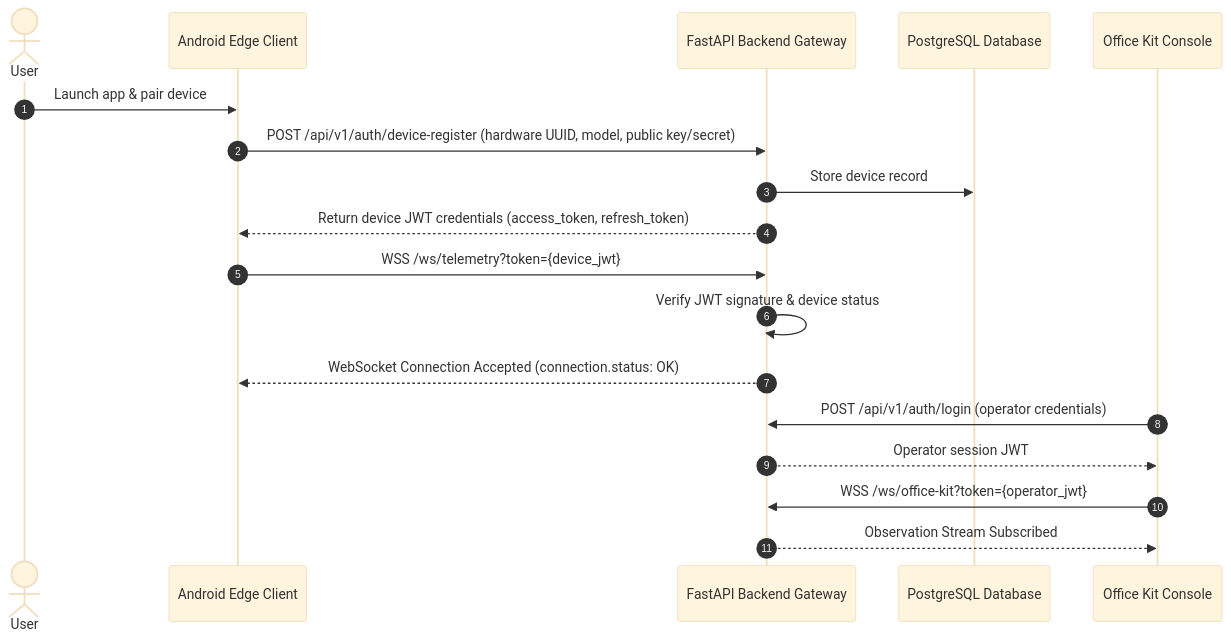
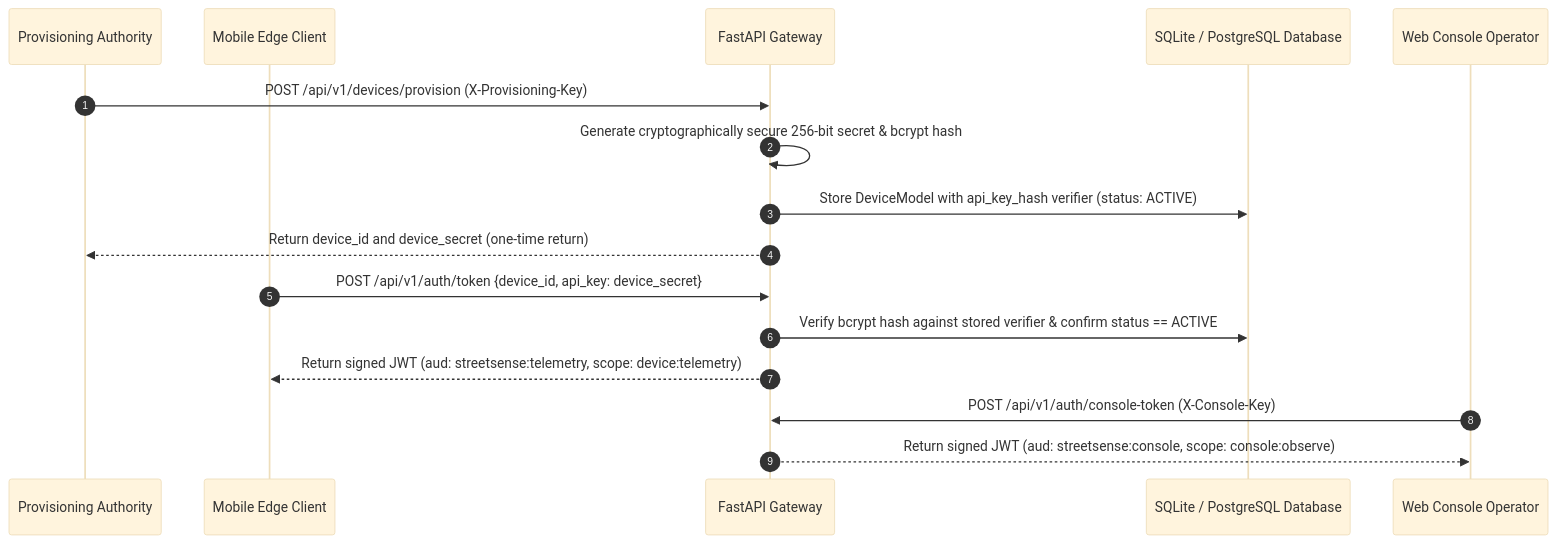
Before and after one commit to KatkamKoushik/streetsense: the first of 2 diagrams in docs/SECURITY.md, drawn with Mermaid (base theme). The commit also changed other lines of this file and 77 other files, not shown here.

First line of the commit message:
feat: P0 identity repair, streaming gateway hardening, mobile resilience, and CI pipeline

````diff
--- a/docs/SECURITY.md
+++ b/docs/SECURITY.md
@@ -16,23 +20,21 @@
 ```mermaid
 sequenceDiagram
     autonumber
-    actor User
-    participant Android as Android Edge Client
-    participant Backend as FastAPI Backend Gateway
-    participant DB as PostgreSQL Database
-    participant Console as Office Kit Console
+    participant Admin as Provisioning Authority
+    participant Device as Mobile Edge Client
+    participant Backend as FastAPI Gateway
+    participant DB as SQLite / PostgreSQL Database
+    participant Console as Web Console Operator
 
-    User->>Android: Launch app & pair device
-    Android->>Backend: POST /api/v1/auth/device-register (hardware UUID, model, public key/secret)
-    Backend->>DB: Store device record
-    Backend-->>Android: Return device JWT credentials (access_token, refresh_token)
+    Admin->>Backend: POST /api/v1/devices/provision (X-Provisioning-Key)
+    Backend->>Backend: Generate cryptographically secure 256-bit secret & bcrypt hash
+    Backend->>DB: Store DeviceModel with api_key_hash verifier (status: ACTIVE)
+    Backend-->>Admin: Return device_id and device_secret (one-time return)
 
-    Android->>Backend: WSS /ws/telemetry?token={device_jwt}
-    Backend->>Backend: Verify JWT signature & device status
-    Backend-->>Android: WebSocket Connection Accepted (connection.status: OK)
+    Device->>Backend: POST /api/v1/auth/token {device_id, api_key: device_secret}
+    Backend->>DB: Verify bcrypt hash against stored verifier & confirm status == ACTIVE
+    Backend-->>Device: Return signed JWT (aud: streetsense:telemetry, scope: device:telemetry)
 
-    Console->>Backend: POST /api/v1/auth/login (operator credentials)
-    Backend-->>Console: Operator session JWT
-    Console->>Backend: WSS /ws/office-kit?token={operator_jwt}
-    Backend-->>Console: Observation Stream Subscribed
+    Console->>Backend: POST /api/v1/auth/console-token (X-Console-Key)
+    Backend-->>Console: Return signed JWT (aud: streetsense:console, scope: console:observe)
 ```
````
